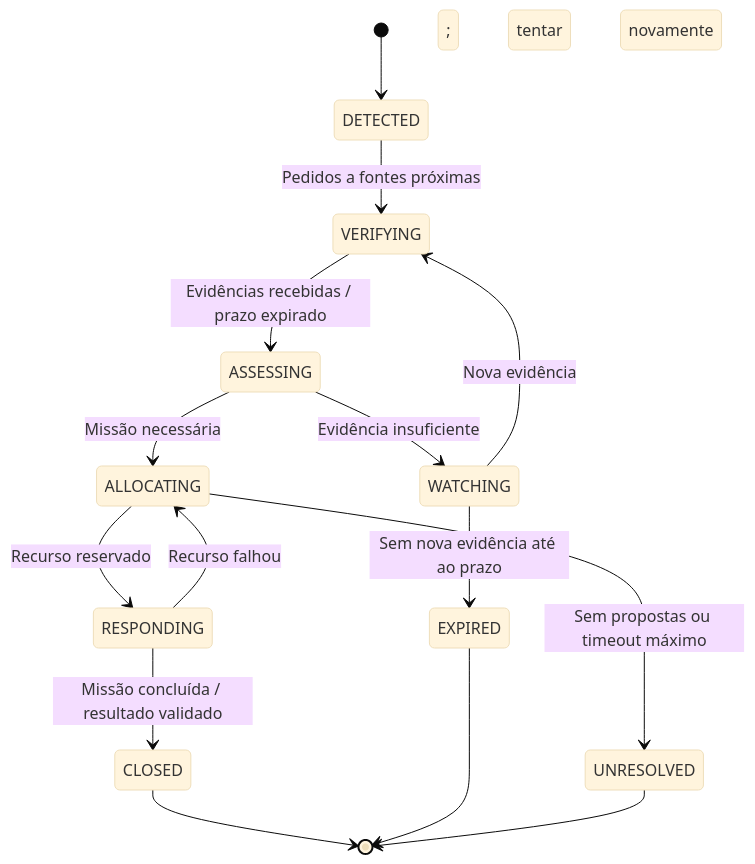
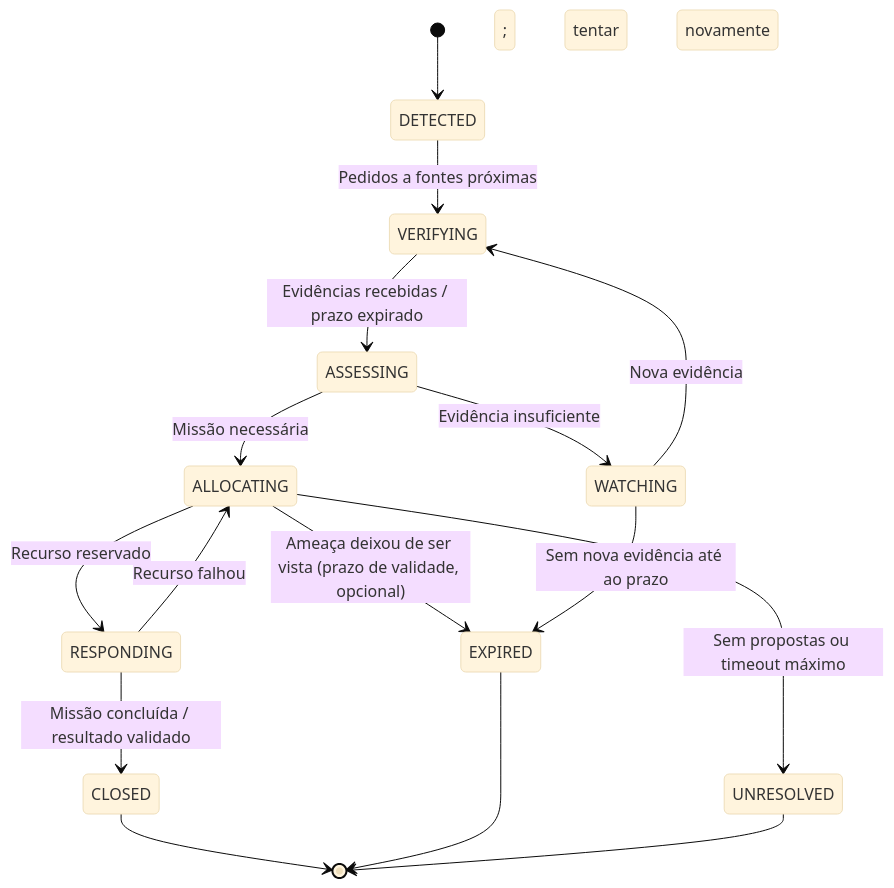
The fourth of 6 diagrams in docs/architecture.md (Afonsopereira1/Agents-Project), drawn with Mermaid (base theme) before and after one commit. The commit also changed other lines of this file and 47 other files, not shown here.

````diff
--- a/docs/architecture.md
+++ b/docs/architecture.md
@@ -207,17 +207,18 @@
 ```mermaid
 stateDiagram-v2
     [*] --> DETECTED
     DETECTED --> VERIFYING: Pedidos a fontes próximas
     VERIFYING --> ASSESSING: Evidências recebidas / prazo expirado
     ASSESSING --> WATCHING: Evidência insuficiente
     WATCHING --> VERIFYING: Nova evidência
     ASSESSING --> ALLOCATING: Missão necessária
     ALLOCATING --> RESPONDING: Recurso reservado
     ALLOCATING --> UNRESOLVED: Sem propostas ou timeout máximo
+    ALLOCATING --> EXPIRED: Ameaça deixou de ser vista (prazo de validade, opcional)
     RESPONDING --> CLOSED: Missão concluída / resultado validado
     RESPONDING --> ALLOCATING: Recurso falhou; tentar novamente
     WATCHING --> EXPIRED: Sem nova evidência até ao prazo
     CLOSED --> [*]
     EXPIRED --> [*]
     UNRESOLVED --> [*]
 ```
````
